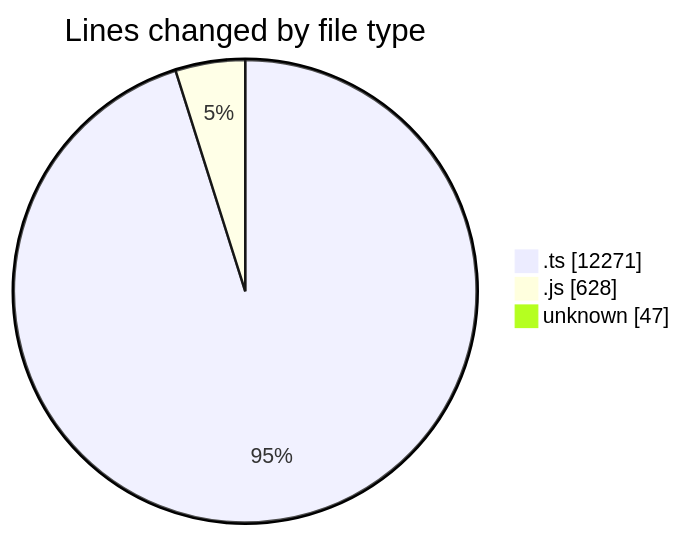
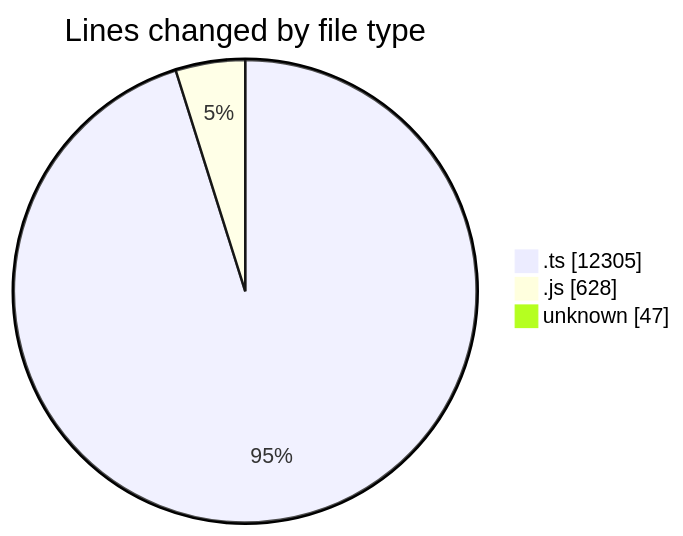
One commit to momahboobian/code-tracking changed the first of 2 diagrams in 2025-09-05/cda/README.md. Above: the diagram before and after it, drawn with Mermaid. The commit also changed other lines of this file and 1 other file, not shown here.

````diff
--- a/2025-09-05/cda/README.md
+++ b/2025-09-05/cda/README.md
@@ -25,7 +25,7 @@
 ```mermaid
 pie showData
 title Lines changed by file type
-".ts" : 12271
+".ts" : 12305
 ".js" : 628
 "unknown" : 47
 ```
````
